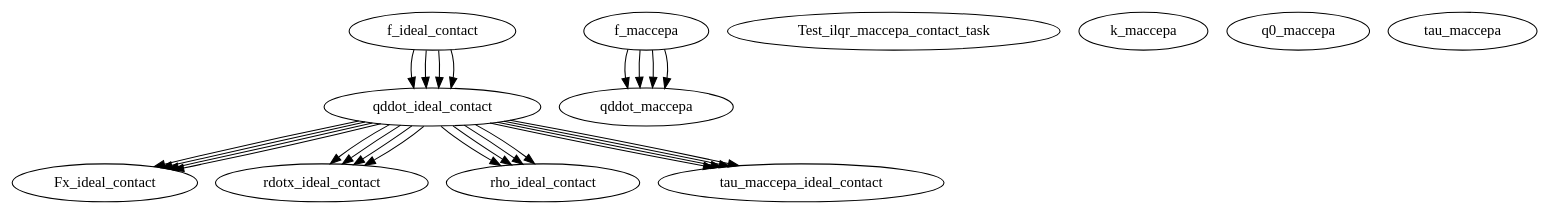
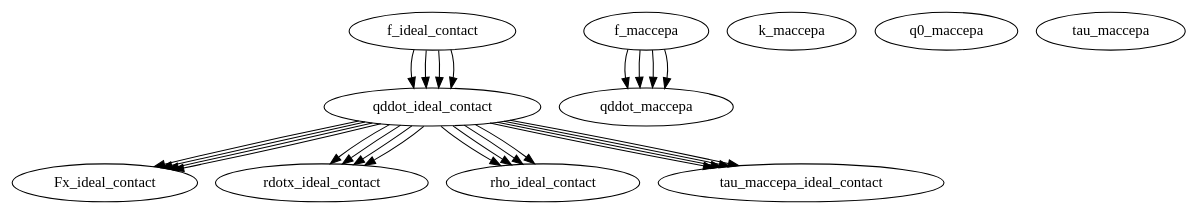
The diagram in doc/m2html/maccepa/m-files/graph.dot (FrankieWOO/oct), drawn with Graphviz before and after one commit. The commit also changed 167 other files, not shown here.

```diff
--- a/doc/m2html/maccepa/m-files/graph.dot
+++ b/doc/m2html/maccepa/m-files/graph.dot
@@ -1,52 +1,50 @@
 /* Created by mdot for Matlab */
 digraph m2html {
   f_ideal_contact -> qddot_ideal_contact;
   f_ideal_contact -> qddot_ideal_contact;
   f_ideal_contact -> qddot_ideal_contact;
   f_ideal_contact -> qddot_ideal_contact;
   f_maccepa -> qddot_maccepa;
   f_maccepa -> qddot_maccepa;
   f_maccepa -> qddot_maccepa;
   f_maccepa -> qddot_maccepa;
   qddot_ideal_contact -> Fx_ideal_contact;
   qddot_ideal_contact -> Fx_ideal_contact;
   qddot_ideal_contact -> rdotx_ideal_contact;
   qddot_ideal_contact -> rdotx_ideal_contact;
   qddot_ideal_contact -> rho_ideal_contact;
   qddot_ideal_contact -> rho_ideal_contact;
   qddot_ideal_contact -> tau_maccepa_ideal_contact;
   qddot_ideal_contact -> tau_maccepa_ideal_contact;
   qddot_ideal_contact -> Fx_ideal_contact;
   qddot_ideal_contact -> Fx_ideal_contact;
   qddot_ideal_contact -> rdotx_ideal_contact;
   qddot_ideal_contact -> rdotx_ideal_contact;
   qddot_ideal_contact -> rho_ideal_contact;
   qddot_ideal_contact -> rho_ideal_contact;
   qddot_ideal_contact -> tau_maccepa_ideal_contact;
   qddot_ideal_contact -> tau_maccepa_ideal_contact;
 
   Fx_ideal_contact [URL="Fx_ideal_contact.html"];
   Fx_ideal_contact [URL="Fx_ideal_contact.html"];
-  Test_ilqr_maccepa_contact_task [URL="Test_ilqr_maccepa_contact_task.html"];
-  Test_ilqr_maccepa_contact_task [URL="Test_ilqr_maccepa_contact_task.html"];
   f_ideal_contact [URL="f_ideal_contact.html"];
   f_ideal_contact [URL="f_ideal_contact.html"];
   f_maccepa [URL="f_maccepa.html"];
   f_maccepa [URL="f_maccepa.html"];
   k_maccepa [URL="k_maccepa.html"];
   k_maccepa [URL="k_maccepa.html"];
   q0_maccepa [URL="q0_maccepa.html"];
   q0_maccepa [URL="q0_maccepa.html"];
   qddot_ideal_contact [URL="qddot_ideal_contact.html"];
   qddot_ideal_contact [URL="qddot_ideal_contact.html"];
   qddot_maccepa [URL="qddot_maccepa.html"];
   qddot_maccepa [URL="qddot_maccepa.html"];
   rdotx_ideal_contact [URL="rdotx_ideal_contact.html"];
   rdotx_ideal_contact [URL="rdotx_ideal_contact.html"];
   rho_ideal_contact [URL="rho_ideal_contact.html"];
   rho_ideal_contact [URL="rho_ideal_contact.html"];
   tau_maccepa [URL="tau_maccepa.html"];
   tau_maccepa [URL="tau_maccepa.html"];
   tau_maccepa_ideal_contact [URL="tau_maccepa_ideal_contact.html"];
   tau_maccepa_ideal_contact [URL="tau_maccepa_ideal_contact.html"];
 }
```
